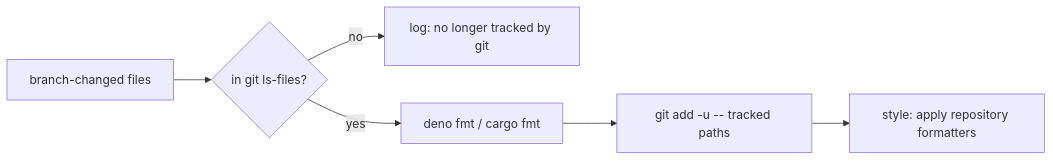
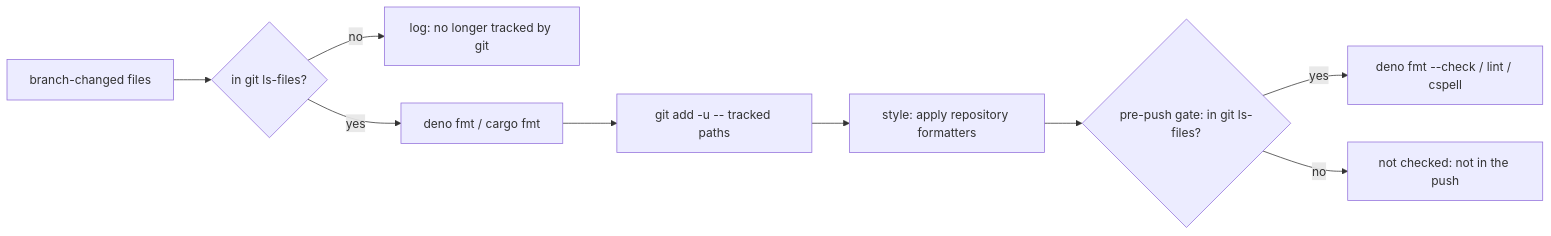
One commit to stSoftwareAU/VibeCoder changed the diagram in docs/archive/pr-summaries/pr-summary-5410.md. Above: the diagram before and after it, drawn with Mermaid. The commit also changed other lines of this file and 3 other files, not shown here.

First line of the commit message:
Keep the pre-push gate's format checks off paths git no longer tracks (Issue #5410)

````diff
--- a/docs/archive/pr-summaries/pr-summary-5410.md
+++ b/docs/archive/pr-summaries/pr-summary-5410.md
@@ -45,8 +57,11 @@
 ```mermaid
 flowchart LR
     A[branch-changed files] --> B{in git ls-files?}
     B -- no --> L[log: no longer tracked by git]
     B -- yes --> C[deno fmt / cargo fmt]
     C --> D[git add -u -- tracked paths]
     D --> E[style: apply repository formatters]
+    E --> G{pre-push gate: in git ls-files?}
+    G -- yes --> F[deno fmt --check / lint / cspell]
+    G -- no --> S[not checked: not in the push]
 ```
````
